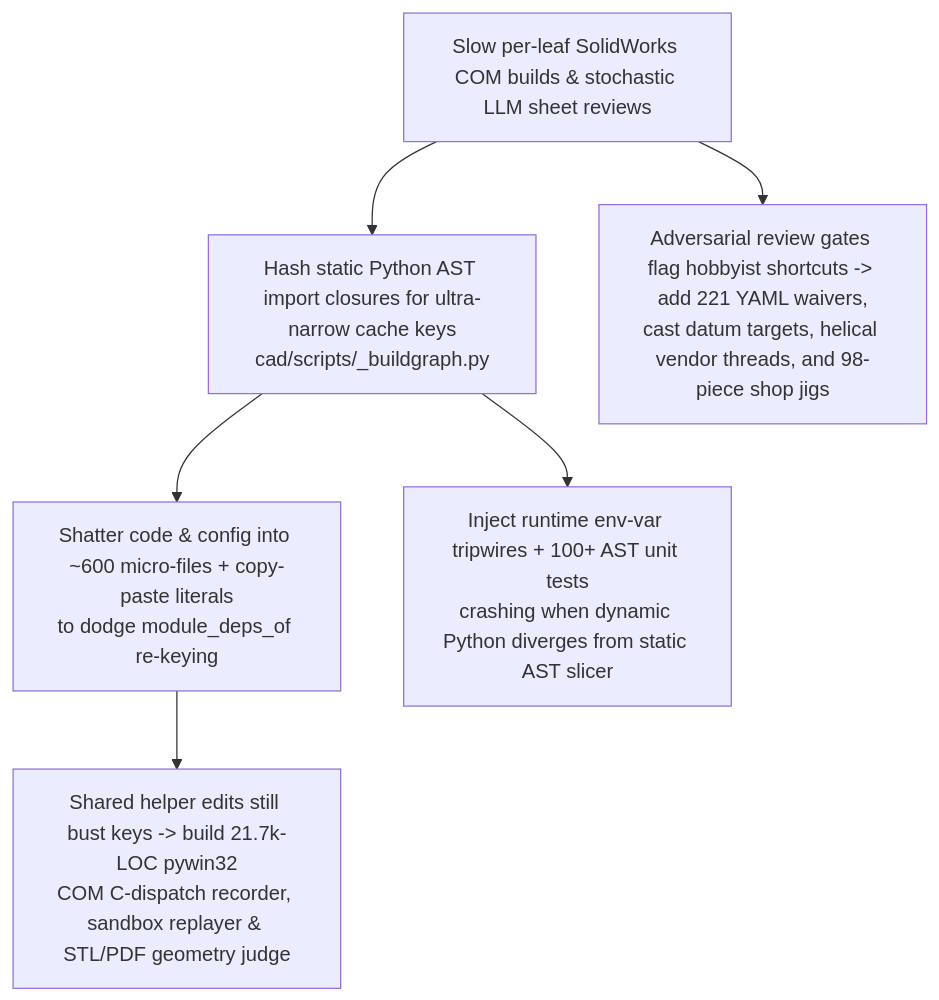
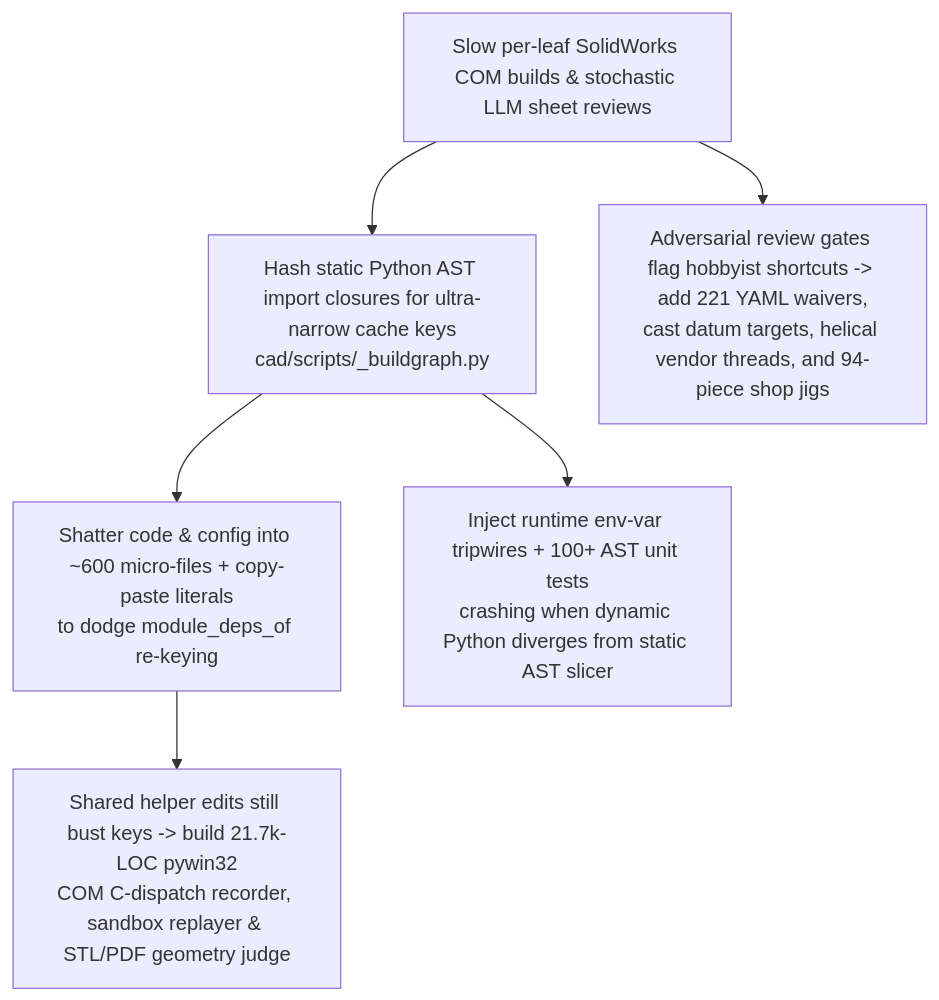
The diagram in cad/docs/overengineering-audit-2026-11-16.md (pedropaulovc/harmonic-analyzer), drawn with Mermaid before and after one commit. The commit also changed other lines of this file, not shown here.

Commit message:
docs: correct oblique jig rail/carriage and occurrence counts in audit
Context: ch-rocker-arm-tl-vn-oblique-rail-kit.yaml sets quantity: 4 across two configurations (Rail: 2, Carriage: 2; selected from an Amazon 2-rail + 4-carriage kit), not 4 rails, and ch_rocker_arm_tl_oblique_jig_assembly_spec.PLACEMENTS places 94 installed occurrences across 28 BOM rows (23 part families).

What changed:
- Updated cad/docs/overengineering-audit-2026-11-16.md to state 2x HGR15 rails + 2x HGH15CA carriages (from a 2-rail + 4-carriage kit) and 94 installed occurrences across 28 BOM rows.

````diff
--- a/cad/docs/overengineering-audit-2026-11-16.md
+++ b/cad/docs/overengineering-audit-2026-11-16.md
@@ -27,8 +27,8 @@
 ```mermaid
 flowchart TD
     A[Slow per-leaf SolidWorks COM builds & stochastic LLM sheet reviews] --> B[Hash static Python AST import closures for ultra-narrow cache keys\ncad/scripts/_buildgraph.py]
     B --> C[Shatter code & config into ~600 micro-files + copy-paste literals\nto dodge module_deps_of re-keying]
     B --> D[Inject runtime env-var tripwires + 100+ AST unit tests\ncrashing when dynamic Python diverges from static AST slicer]
     C --> E[Shared helper edits still bust keys -> build 21.7k-LOC pywin32\nCOM C-dispatch recorder, sandbox replayer & STL/PDF geometry judge]
-    A --> F[Adversarial review gates flag hobbyist shortcuts -> add 221 YAML waivers,\ncast datum targets, helical vendor threads, and 98-piece shop jigs]
+    A --> F[Adversarial review gates flag hobbyist shortcuts -> add 221 YAML waivers,\ncast datum targets, helical vendor threads, and 94-piece shop jigs]
 ```
````
